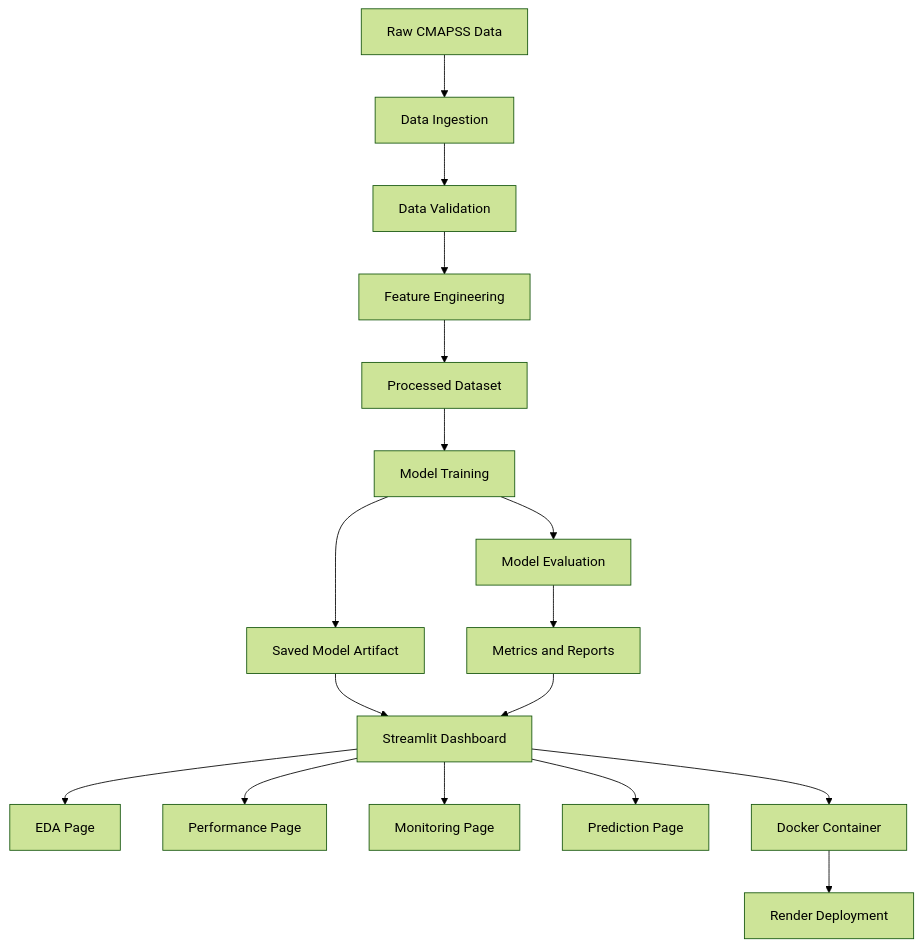
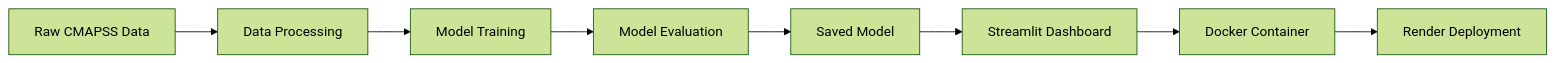
Before and after one commit to kushal15-cell/industrial-predictive-maintenance-mlops: the first of 2 diagrams in README.md, drawn with Mermaid (forest theme). The commit also changed other lines of this file, not shown here.

````diff
--- a/README.md
+++ b/README.md
@@ -190,19 +190,10 @@
 ```mermaid
-flowchart TD
-    A[Raw CMAPSS Data] --> B[Data Ingestion]
-    B --> C[Data Validation]
-    C --> D[Feature Engineering]
-    D --> E[Processed Dataset]
-    E --> F[Model Training]
-    F --> G[Model Evaluation]
-    F --> H[Saved Model Artifact]
-    G --> I[Metrics and Reports]
-    H --> J[Streamlit Dashboard]
-    I --> J
-    J --> K[EDA Page]
-    J --> L[Performance Page]
-    J --> M[Monitoring Page]
-    J --> N[Prediction Page]
-    J --> O[Docker Container]
-    O --> P[Render Deployment]
+flowchart LR
+    A[Raw CMAPSS Data] --> B[Data Processing]
+    B --> C[Model Training]
+    C --> D[Model Evaluation]
+    D --> E[Saved Model]
+    E --> F[Streamlit Dashboard]
+    F --> G[Docker Container]
+    G --> H[Render Deployment]
 ```
````
